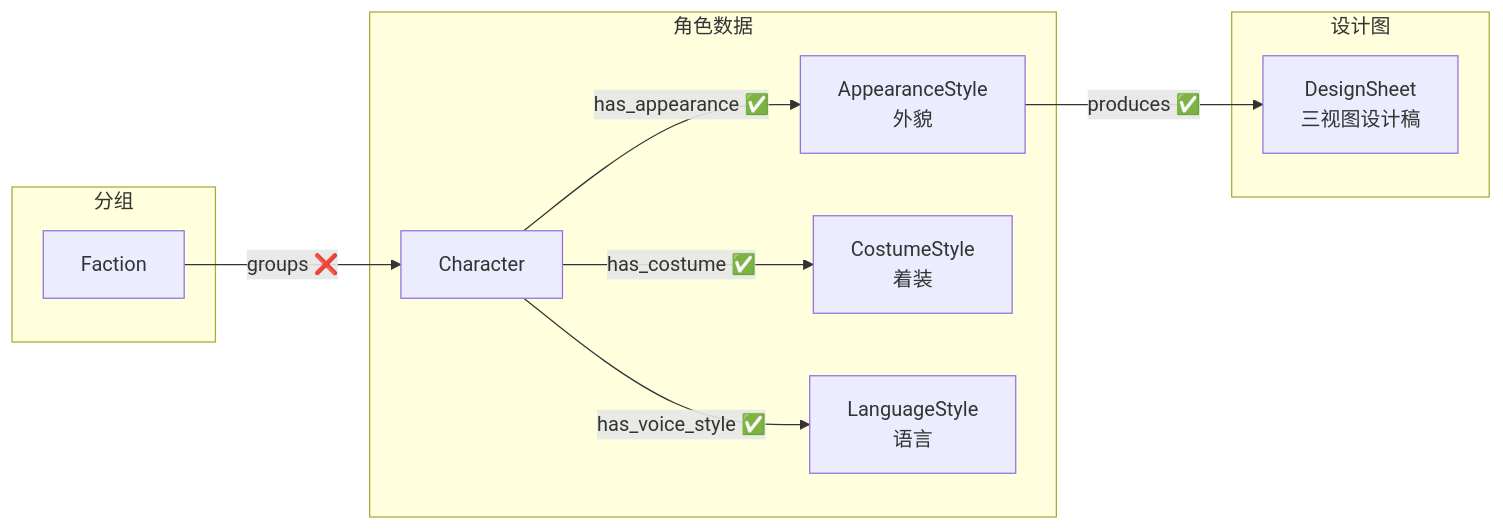
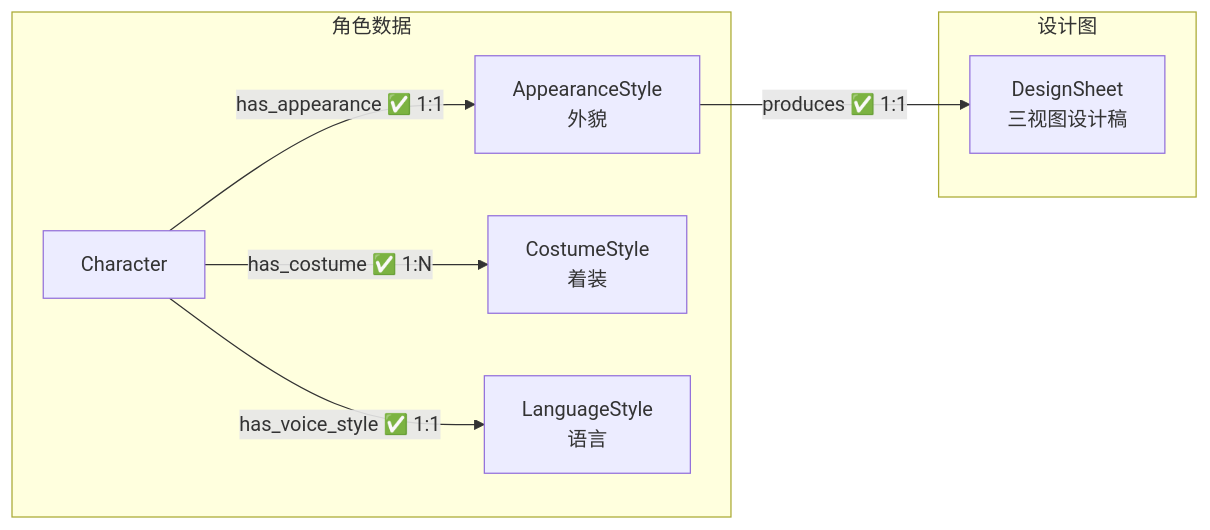
Before and after one commit to CrazyJinn/OtheredGlass: the first of 2 diagrams in 00_init/Schema/角色美术.md, drawn with Mermaid. The commit also changed other lines of this file and 41 other files, not shown here.

First line of the commit message:
feat: 新增 skills/agents 体系，重构 Schema，新增 char_007 美术，清理旧文件

````diff
--- a/00_init/Schema/角色美术.md
+++ b/00_init/Schema/角色美术.md
@@ -249,25 +213,19 @@
 ```mermaid
 flowchart LR
     subgraph data["角色数据"]
         Character["Character"]
         Appearance["AppearanceStyle<br/>外貌"]
         Costume["CostumeStyle<br/>着装"]
         Language["LanguageStyle<br/>语言"]
     end
 
     subgraph production["设计图"]
         DesignSheet["DesignSheet<br/>三视图设计稿"]
     end
 
-    subgraph group["分组"]
-        Faction["Faction"]
-    end
+    Character -->|"has_appearance ✅ 1:1"| Appearance
+    Character -->|"has_costume ✅ 1:N"| Costume
+    Character -->|"has_voice_style ✅ 1:1"| Language
 
-    Character -->|"has_appearance ✅"| Appearance
-    Character -->|"has_costume ✅"| Costume
-    Character -->|"has_voice_style ✅"| Language
-
-    Appearance -->|"produces ✅"| DesignSheet
-
-    Faction -->|"groups ❌"| Character
+    Appearance -->|"produces ✅ 1:1"| DesignSheet
 ```
````
